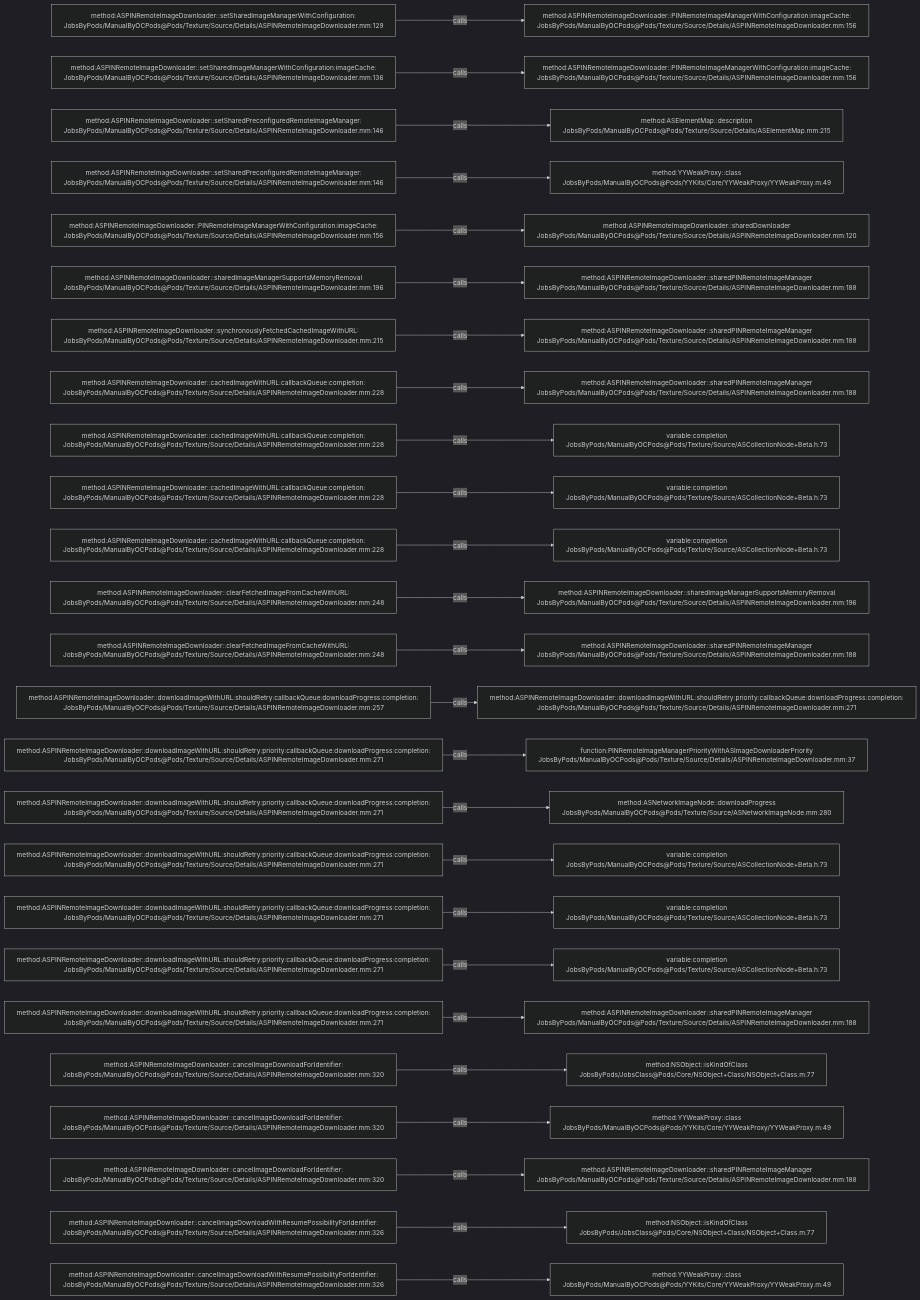
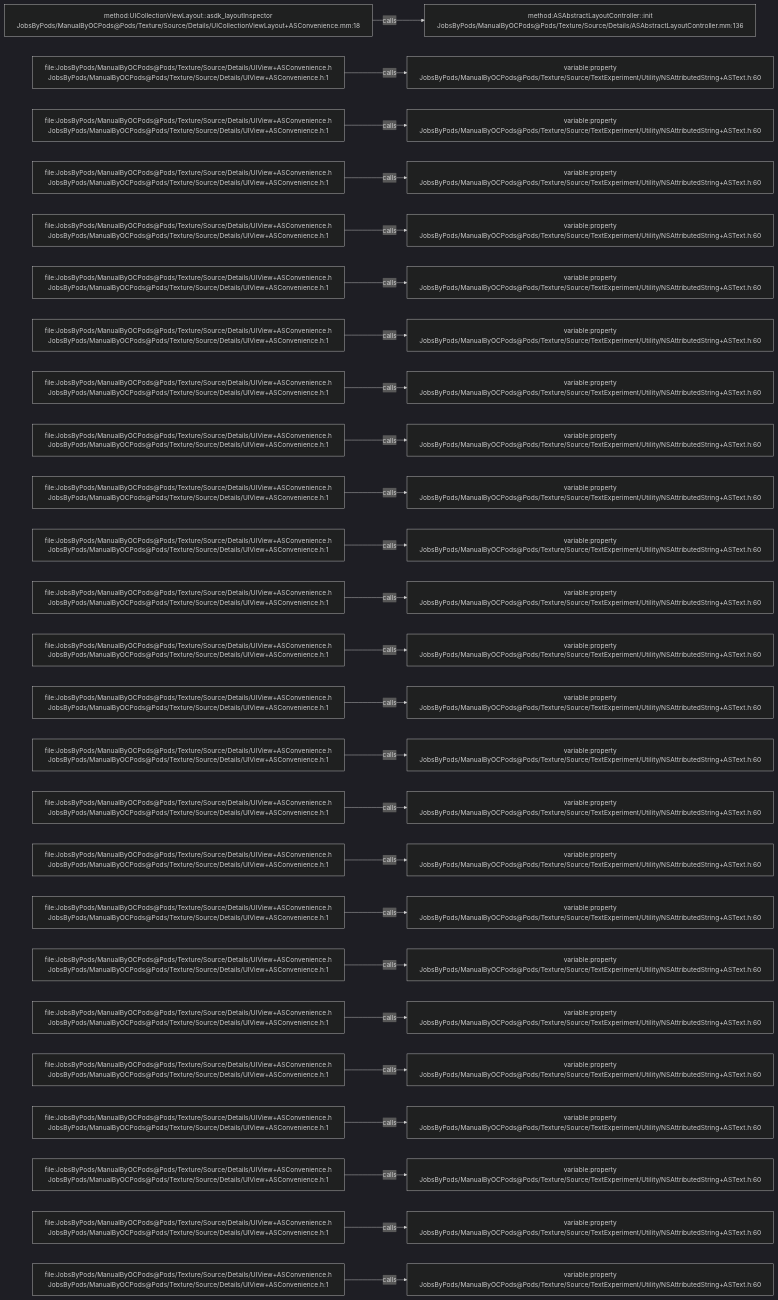
One commit to JobsKits/JobsOCBaseConfigDemo changed the diagram in .codegraph/codegraph.md/graphs/calls-153.md. Above: the diagram before and after it, drawn with Mermaid (dark theme). The commit also changed 2723 other files, not shown here.

````diff
--- a/.codegraph/codegraph.md/graphs/calls-153.md
+++ b/.codegraph/codegraph.md/graphs/calls-153.md
@@ -13,78 +13,78 @@
 ```mermaid
 flowchart LR
-  S1["method:ASPINRemoteImageDownloader::setSharedImageManagerWithConfiguration:<br/>JobsByPods/ManualByOCPods@Pods/Texture/Source/Details/ASPINRemoteImageDownloader.mm:129"]
-  T1["method:ASPINRemoteImageDownloader::PINRemoteImageManagerWithConfiguration:imageCache:<br/>JobsByPods/ManualByOCPods@Pods/Texture/Source/Details/ASPINRemoteImageDownloader.mm:156"]
+  S1["method:UICollectionViewLayout::asdk_layoutInspector<br/>JobsByPods/ManualByOCPods@Pods/Texture/Source/Details/UICollectionViewLayout+ASConvenience.mm:18"]
+  T1["method:ASAbstractLayoutController::init<br/>JobsByPods/ManualByOCPods@Pods/Texture/Source/Details/ASAbstractLayoutController.mm:136"]
   S1 -->|calls| T1
-  S2["method:ASPINRemoteImageDownloader::setSharedImageManagerWithConfiguration:imageCache:<br/>JobsByPods/ManualByOCPods@Pods/Texture/Source/Details/ASPINRemoteImageDownloader.mm:136"]
-  T2["method:ASPINRemoteImageDownloader::PINRemoteImageManagerWithConfiguration:imageCache:<br/>JobsByPods/ManualByOCPods@Pods/Texture/Source/Details/ASPINRemoteImageDownloader.mm:156"]
+  S2["file:JobsByPods/ManualByOCPods@Pods/Texture/Source/Details/UIView+ASConvenience.h<br/>JobsByPods/ManualByOCPods@Pods/Texture/Source/Details/UIView+ASConvenience.h:1"]
+  T2["variable:property<br/>JobsByPods/ManualByOCPods@Pods/Texture/Source/TextExperiment/Utility/NSAttributedString+ASText.h:60"]
   S2 -->|calls| T2
-  S3["method:ASPINRemoteImageDownloader::setSharedPreconfiguredRemoteImageManager:<br/>JobsByPods/ManualByOCPods@Pods/Texture/Source/Details/ASPINRemoteImageDownloader.mm:146"]
-  T3["method:ASElementMap::description<br/>JobsByPods/ManualByOCPods@Pods/Texture/Source/Details/ASElementMap.mm:215"]
+  S3["file:JobsByPods/ManualByOCPods@Pods/Texture/Source/Details/UIView+ASConvenience.h<br/>JobsByPods/ManualByOCPods@Pods/Texture/Source/Details/UIView+ASConvenience.h:1"]
+  T3["variable:property<br/>JobsByPods/ManualByOCPods@Pods/Texture/Source/TextExperiment/Utility/NSAttributedString+ASText.h:60"]
   S3 -->|calls| T3
-  S4["method:ASPINRemoteImageDownloader::setSharedPreconfiguredRemoteImageManager:<br/>JobsByPods/ManualByOCPods@Pods/Texture/Source/Details/ASPINRemoteImageDownloader.mm:146"]
-  T4["method:YYWeakProxy::class<br/>JobsByPods/ManualByOCPods@Pods/YYKits/Core/YYWeakProxy/YYWeakProxy.m:49"]
+  S4["file:JobsByPods/ManualByOCPods@Pods/Texture/Source/Details/UIView+ASConvenience.h<br/>JobsByPods/ManualByOCPods@Pods/Texture/Source/Details/UIView+ASConvenience.h:1"]
+  T4["variable:property<br/>JobsByPods/ManualByOCPods@Pods/Texture/Source/TextExperiment/Utility/NSAttributedString+ASText.h:60"]
   S4 -->|calls| T4
-  S5["method:ASPINRemoteImageDownloader::PINRemoteImageManagerWithConfiguration:imageCache:<br/>JobsByPods/ManualByOCPods@Pods/Texture/Source/Details/ASPINRemoteImageDownloader.mm:156"]
-  T5["method:ASPINRemoteImageDownloader::sharedDownloader<br/>JobsByPods/ManualByOCPods@Pods/Texture/Source/Details/ASPINRemoteImageDownloader.mm:120"]
+  S5["file:JobsByPods/ManualByOCPods@Pods/Texture/Source/Details/UIView+ASConvenience.h<br/>JobsByPods/ManualByOCPods@Pods/Texture/Source/Details/UIView+ASConvenience.h:1"]
+  T5["variable:property<br/>JobsByPods/ManualByOCPods@Pods/Texture/Source/TextExperiment/Utility/NSAttributedString+ASText.h:60"]
   S5 -->|calls| T5
-  S6["method:ASPINRemoteImageDownloader::sharedImageManagerSupportsMemoryRemoval<br/>JobsByPods/ManualByOCPods@Pods/Texture/Source/Details/ASPINRemoteImageDownloader.mm:196"]
-  T6["method:ASPINRemoteImageDownloader::sharedPINRemoteImageManager<br/>JobsByPods/ManualByOCPods@Pods/Texture/Source/Details/ASPINRemoteImageDownloader.mm:188"]
+  S6["file:JobsByPods/ManualByOCPods@Pods/Texture/Source/Details/UIView+ASConvenience.h<br/>JobsByPods/ManualByOCPods@Pods/Texture/Source/Details/UIView+ASConvenience.h:1"]
+  T6["variable:property<br/>JobsByPods/ManualByOCPods@Pods/Texture/Source/TextExperiment/Utility/NSAttributedString+ASText.h:60"]
   S6 -->|calls| T6
-  S7["method:ASPINRemoteImageDownloader::synchronouslyFetchedCachedImageWithURL:<br/>JobsByPods/ManualByOCPods@Pods/Texture/Source/Details/ASPINRemoteImageDownloader.mm:215"]
-  T7["method:ASPINRemoteImageDownloader::sharedPINRemoteImageManager<br/>JobsByPods/ManualByOCPods@Pods/Texture/Source/Details/ASPINRemoteImageDownloader.mm:188"]
+  S7["file:JobsByPods/ManualByOCPods@Pods/Texture/Source/Details/UIView+ASConvenience.h<br/>JobsByPods/ManualByOCPods@Pods/Texture/Source/Details/UIView+ASConvenience.h:1"]
+  T7["variable:property<br/>JobsByPods/ManualByOCPods@Pods/Texture/Source/TextExperiment/Utility/NSAttributedString+ASText.h:60"]
   S7 -->|calls| T7
-  S8["method:ASPINRemoteImageDownloader::cachedImageWithURL:callbackQueue:completion:<br/>JobsByPods/ManualByOCPods@Pods/Texture/Source/Details/ASPINRemoteImageDownloader.mm:228"]
-  T8["method:ASPINRemoteImageDownloader::sharedPINRemoteImageManager<br/>JobsByPods/ManualByOCPods@Pods/Texture/Source/Details/ASPINRemoteImageDownloader.mm:188"]
+  S8["file:JobsByPods/ManualByOCPods@Pods/Texture/Source/Details/UIView+ASConvenience.h<br/>JobsByPods/ManualByOCPods@Pods/Texture/Source/Details/UIView+ASConvenience.h:1"]
+  T8["variable:property<br/>JobsByPods/ManualByOCPods@Pods/Texture/Source/TextExperiment/Utility/NSAttributedString+ASText.h:60"]
   S8 -->|calls| T8
-  S9["method:ASPINRemoteImageDownloader::cachedImageWithURL:callbackQueue:completion:<br/>JobsByPods/ManualByOCPods@Pods/Texture/Source/Details/ASPINRemoteImageDownloader.mm:228"]
-  T9["variable:completion<br/>JobsByPods/ManualByOCPods@Pods/Texture/Source/ASCollectionNode+Beta.h:73"]
+  S9["file:JobsByPods/ManualByOCPods@Pods/Texture/Source/Details/UIView+ASConvenience.h<br/>JobsByPods/ManualByOCPods@Pods/Texture/Source/Details/UIView+ASConvenience.h:1"]
+  T9["variable:property<br/>JobsByPods/ManualByOCPods@Pods/Texture/Source/TextExperiment/Utility/NSAttributedString+ASText.h:60"]
   S9 -->|calls| T9
-  S10["method:ASPINRemoteImageDownloader::cachedImageWithURL:callbackQueue:completion:<br/>JobsByPods/ManualByOCPods@Pods/Texture/Source/Details/ASPINRemoteImageDownloader.mm:228"]
-  T10["variable:completion<br/>JobsByPods/ManualByOCPods@Pods/Texture/Source/ASCollectionNode+Beta.h:73"]
+  S10["file:JobsByPods/ManualByOCPods@Pods/Texture/Source/Details/UIView+ASConvenience.h<br/>JobsByPods/ManualByOCPods@Pods/Texture/Source/Details/UIView+ASConvenience.h:1"]
+  T10["variable:property<br/>JobsByPods/ManualByOCPods@Pods/Texture/Source/TextExperiment/Utility/NSAttributedString+ASText.h:60"]
   S10 -->|calls| T10
-  S11["method:ASPINRemoteImageDownloader::cachedImageWithURL:callbackQueue:completion:<br/>JobsByPods/ManualByOCPods@Pods/Texture/Source/Details/ASPINRemoteImageDownloader.mm:228"]
-  T11["variable:completion<br/>JobsByPods/ManualByOCPods@Pods/Texture/Source/ASCollectionNode+Beta.h:73"]
+  S11["file:JobsByPods/ManualByOCPods@Pods/Texture/Source/Details/UIView+ASConvenience.h<br/>JobsByPods/ManualByOCPods@Pods/Texture/Source/Details/UIView+ASConvenience.h:1"]
+  T11["variable:property<br/>JobsByPods/ManualByOCPods@Pods/Texture/Source/TextExperiment/Utility/NSAttributedString+ASText.h:60"]
   S11 -->|calls| T11
-  S12["method:ASPINRemoteImageDownloader::clearFetchedImageFromCacheWithURL:<br/>JobsByPods/ManualByOCPods@Pods/Texture/Source/Details/ASPINRemoteImageDownloader.mm:248"]
-  T12["method:ASPINRemoteImageDownloader::sharedImageManagerSupportsMemoryRemoval<br/>JobsByPods/ManualByOCPods@Pods/Texture/Source/Details/ASPINRemoteImageDownloader.mm:196"]
+  S12["file:JobsByPods/ManualByOCPods@Pods/Texture/Source/Details/UIView+ASConvenience.h<br/>JobsByPods/ManualByOCPods@Pods/Texture/Source/Details/UIView+ASConvenience.h:1"]
+  T12["variable:property<br/>JobsByPods/ManualByOCPods@Pods/Texture/Source/TextExperiment/Utility/NSAttributedString+ASText.h:60"]
   S12 -->|calls| T12
-  S13["method:ASPINRemoteImageDownloader::clearFetchedImageFromCacheWithURL:<br/>JobsByPods/ManualByOCPods@Pods/Texture/Source/Details/ASPINRemoteImageDownloader.mm:248"]
-  T13["method:ASPINRemoteImageDownloader::sharedPINRemoteImageManager<br/>JobsByPods/ManualByOCPods@Pods/Texture/Source/Details/ASPINRemoteImageDownloader.mm:188"]
+  S13["file:JobsByPods/ManualByOCPods@Pods/Texture/Source/Details/UIView+ASConvenience.h<br/>JobsByPods/ManualByOCPods@Pods/Texture/Source/Details/UIView+ASConvenience.h:1"]
+  T13["variable:property<br/>JobsByPods/ManualByOCPods@Pods/Texture/Source/TextExperiment/Utility/NSAttributedString+ASText.h:60"]
   S13 -->|calls| T13
-  S14["method:ASPINRemoteImageDownloader::downloadImageWithURL:shouldRetry:callbackQueue:downloadProgress:completion:<br/>JobsByPods/ManualByOCPods@Pods/Texture/Source/Details/ASPINRemoteImageDownloader.mm:257"]
-  T14["method:ASPINRemoteImageDownloader::downloadImageWithURL:shouldRetry:priority:callbackQueue:downloadProgress:completion:<br/>JobsByPods/ManualByOCPods@Pods/Texture/Source/Details/ASPINRemoteImageDownloader.mm:271"]
+  S14["file:JobsByPods/ManualByOCPods@Pods/Texture/Source/Details/UIView+ASConvenience.h<br/>JobsByPods/ManualByOCPods@Pods/Texture/Source/Details/UIView+ASConvenience.h:1"]
+  T14["variable:property<br/>JobsByPods/ManualByOCPods@Pods/Texture/Source/TextExperiment/Utility/NSAttributedString+ASText.h:60"]
   S14 -->|calls| T14
-  S15["method:ASPINRemoteImageDownloader::downloadImageWithURL:shouldRetry:priority:callbackQueue:downloadProgress:completion:<br/>JobsByPods/ManualByOCPods@Pods/Texture/Source/Details/ASPINRemoteImageDownloader.mm:271"]
-  T15["function:PINRemoteImageManagerPriorityWithASImageDownloaderPriority<br/>JobsByPods/ManualByOCPods@Pods/Texture/Source/Details/ASPINRemoteImageDownloader.mm:37"]
+  S15["file:JobsByPods/ManualByOCPods@Pods/Texture/Source/Details/UIView+ASConvenience.h<br/>JobsByPods/ManualByOCPods@Pods/Texture/Source/Details/UIView+ASConvenience.h:1"]
+  T15["variable:property<br/>JobsByPods/ManualByOCPods@Pods/Texture/Source/TextExperiment/Utility/NSAttributedString+ASText.h:60"]
   S15 -->|calls| T15
-  S16["method:ASPINRemoteImageDownloader::downloadImageWithURL:shouldRetry:priority:callbackQueue:downloadProgress:completion:<br/>JobsByPods/ManualByOCPods@Pods/Texture/Source/Details/ASPINRemoteImageDownloader.mm:271"]
-  T16["method:ASNetworkImageNode::downloadProgress<br/>JobsByPods/ManualByOCPods@Pods/Texture/Source/ASNetworkImageNode.mm:280"]
+  S16["file:JobsByPods/ManualByOCPods@Pods/Texture/Source/Details/UIView+ASConvenience.h<br/>JobsByPods/ManualByOCPods@Pods/Texture/Source/Details/UIView+ASConvenience.h:1"]
+  T16["variable:property<br/>JobsByPods/ManualByOCPods@Pods/Texture/Source/TextExperiment/Utility/NSAttributedString+ASText.h:60"]
   S16 -->|calls| T16
-  S17["method:ASPINRemoteImageDownloader::downloadImageWithURL:shouldRetry:priority:callbackQueue:downloadProgress:completion:<br/>JobsByPods/ManualByOCPods@Pods/Texture/Source/Details/ASPINRemoteImageDownloader.mm:271"]
-  T17["variable:completion<br/>JobsByPods/ManualByOCPods@Pods/Texture/Source/ASCollectionNode+Beta.h:73"]
+  S17["file:JobsByPods/ManualByOCPods@Pods/Texture/Source/Details/UIView+ASConvenience.h<br/>JobsByPods/ManualByOCPods@Pods/Texture/Source/Details/UIView+ASConvenience.h:1"]
+  T17["variable:property<br/>JobsByPods/ManualByOCPods@Pods/Texture/Source/TextExperiment/Utility/NSAttributedString+ASText.h:60"]
   S17 -->|calls| T17
-  S18["method:ASPINRemoteImageDownloader::downloadImageWithURL:shouldRetry:priority:callbackQueue:downloadProgress:completion:<br/>JobsByPods/ManualByOCPods@Pods/Texture/Source/Details/ASPINRemoteImageDownloader.mm:271"]
-  T18["variable:completion<br/>JobsByPods/ManualByOCPods@Pods/Texture/Source/ASCollectionNode+Beta.h:73"]
+  S18["file:JobsByPods/ManualByOCPods@Pods/Texture/Source/Details/UIView+ASConvenience.h<br/>JobsByPods/ManualByOCPods@Pods/Texture/Source/Details/UIView+ASConvenience.h:1"]
+  T18["variable:property<br/>JobsByPods/ManualByOCPods@Pods/Texture/Source/TextExperiment/Utility/NSAttributedString+ASText.h:60"]
   S18 -->|calls| T18
-  S19["method:ASPINRemoteImageDownloader::downloadImageWithURL:shouldRetry:priority:callbackQueue:downloadProgress:completion:<br/>JobsByPods/ManualByOCPods@Pods/Texture/Source/Details/ASPINRemoteImageDownloader.mm:271"]
-  T19["variable:completion<br/>JobsByPods/ManualByOCPods@Pods/Texture/Source/ASCollectionNode+Beta.h:73"]
+  S19["file:JobsByPods/ManualByOCPods@Pods/Texture/Source/Details/UIView+ASConvenience.h<br/>JobsByPods/ManualByOCPods@Pods/Texture/Source/Details/UIView+ASConvenience.h:1"]
+  T19["variable:property<br/>JobsByPods/ManualByOCPods@Pods/Texture/Source/TextExperiment/Utility/NSAttributedString+ASText.h:60"]
   S19 -->|calls| T19
-  S20["method:ASPINRemoteImageDownloader::downloadImageWithURL:shouldRetry:priority:callbackQueue:downloadProgress:completion:<br/>JobsByPods/ManualByOCPods@Pods/Texture/Source/Details/ASPINRemoteImageDownloader.mm:271"]
-  T20["method:ASPINRemoteImageDownloader::sharedPINRemoteImageManager<br/>JobsByPods/ManualByOCPods@Pods/Texture/Source/Details/ASPINRemoteImageDownloader.mm:188"]
+  S20["file:JobsByPods/ManualByOCPods@Pods/Texture/Source/Details/UIView+ASConvenience.h<br/>JobsByPods/ManualByOCPods@Pods/Texture/Source/Details/UIView+ASConvenience.h:1"]
+  T20["variable:property<br/>JobsByPods/ManualByOCPods@Pods/Texture/Source/TextExperiment/Utility/NSAttributedString+ASText.h:60"]
   S20 -->|calls| T20
-  S21["method:ASPINRemoteImageDownloader::cancelImageDownloadForIdentifier:<br/>JobsByPods/ManualByOCPods@Pods/Texture/Source/Details/ASPINRemoteImageDownloader.mm:320"]
-  T21["method:NSObject::isKindOfClass<br/>JobsByPods/JobsClass@Pods/Core/NSObject+Class/NSObject+Class.m:77"]
+  S21["file:JobsByPods/ManualByOCPods@Pods/Texture/Source/Details/UIView+ASConvenience.h<br/>JobsByPods/ManualByOCPods@Pods/Texture/Source/Details/UIView+ASConvenience.h:1"]
+  T21["variable:property<br/>JobsByPods/ManualByOCPods@Pods/Texture/Source/TextExperiment/Utility/NSAttributedString+ASText.h:60"]
   S21 -->|calls| T21
-  S22["method:ASPINRemoteImageDownloader::cancelImageDownloadForIdentifier:<br/>JobsByPods/ManualByOCPods@Pods/Texture/Source/Details/ASPINRemoteImageDownloader.mm:320"]
-  T22["method:YYWeakProxy::class<br/>JobsByPods/ManualByOCPods@Pods/YYKits/Core/YYWeakProxy/YYWeakProxy.m:49"]
+  S22["file:JobsByPods/ManualByOCPods@Pods/Texture/Source/Details/UIView+ASConvenience.h<br/>JobsByPods/ManualByOCPods@Pods/Texture/Source/Details/UIView+ASConvenience.h:1"]
+  T22["variable:property<br/>JobsByPods/ManualByOCPods@Pods/Texture/Source/TextExperiment/Utility/NSAttributedString+ASText.h:60"]
   S22 -->|calls| T22
-  S23["method:ASPINRemoteImageDownloader::cancelImageDownloadForIdentifier:<br/>JobsByPods/ManualByOCPods@Pods/Texture/Source/Details/ASPINRemoteImageDownloader.mm:320"]
-  T23["method:ASPINRemoteImageDownloader::sharedPINRemoteImageManager<br/>JobsByPods/ManualByOCPods@Pods/Texture/Source/Details/ASPINRemoteImageDownloader.mm:188"]
+  S23["file:JobsByPods/ManualByOCPods@Pods/Texture/Source/Details/UIView+ASConvenience.h<br/>JobsByPods/ManualByOCPods@Pods/Texture/Source/Details/UIView+ASConvenience.h:1"]
+  T23["variable:property<br/>JobsByPods/ManualByOCPods@Pods/Texture/Source/TextExperiment/Utility/NSAttributedString+ASText.h:60"]
   S23 -->|calls| T23
-  S24["method:ASPINRemoteImageDownloader::cancelImageDownloadWithResumePossibilityForIdentifier:<br/>JobsByPods/ManualByOCPods@Pods/Texture/Source/Details/ASPINRemoteImageDownloader.mm:326"]
-  T24["method:NSObject::isKindOfClass<br/>JobsByPods/JobsClass@Pods/Core/NSObject+Class/NSObject+Class.m:77"]
+  S24["file:JobsByPods/ManualByOCPods@Pods/Texture/Source/Details/UIView+ASConvenience.h<br/>JobsByPods/ManualByOCPods@Pods/Texture/Source/Details/UIView+ASConvenience.h:1"]
+  T24["variable:property<br/>JobsByPods/ManualByOCPods@Pods/Texture/Source/TextExperiment/Utility/NSAttributedString+ASText.h:60"]
   S24 -->|calls| T24
-  S25["method:ASPINRemoteImageDownloader::cancelImageDownloadWithResumePossibilityForIdentifier:<br/>JobsByPods/ManualByOCPods@Pods/Texture/Source/Details/ASPINRemoteImageDownloader.mm:326"]
-  T25["method:YYWeakProxy::class<br/>JobsByPods/ManualByOCPods@Pods/YYKits/Core/YYWeakProxy/YYWeakProxy.m:49"]
+  S25["file:JobsByPods/ManualByOCPods@Pods/Texture/Source/Details/UIView+ASConvenience.h<br/>JobsByPods/ManualByOCPods@Pods/Texture/Source/Details/UIView+ASConvenience.h:1"]
+  T25["variable:property<br/>JobsByPods/ManualByOCPods@Pods/Texture/Source/TextExperiment/Utility/NSAttributedString+ASText.h:60"]
   S25 -->|calls| T25
 ```
````
